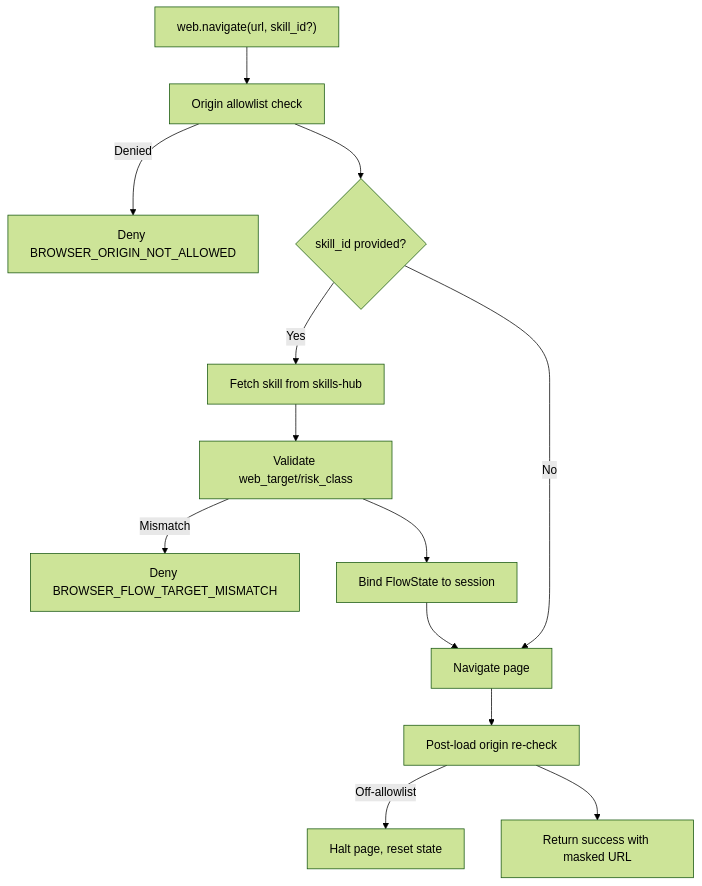
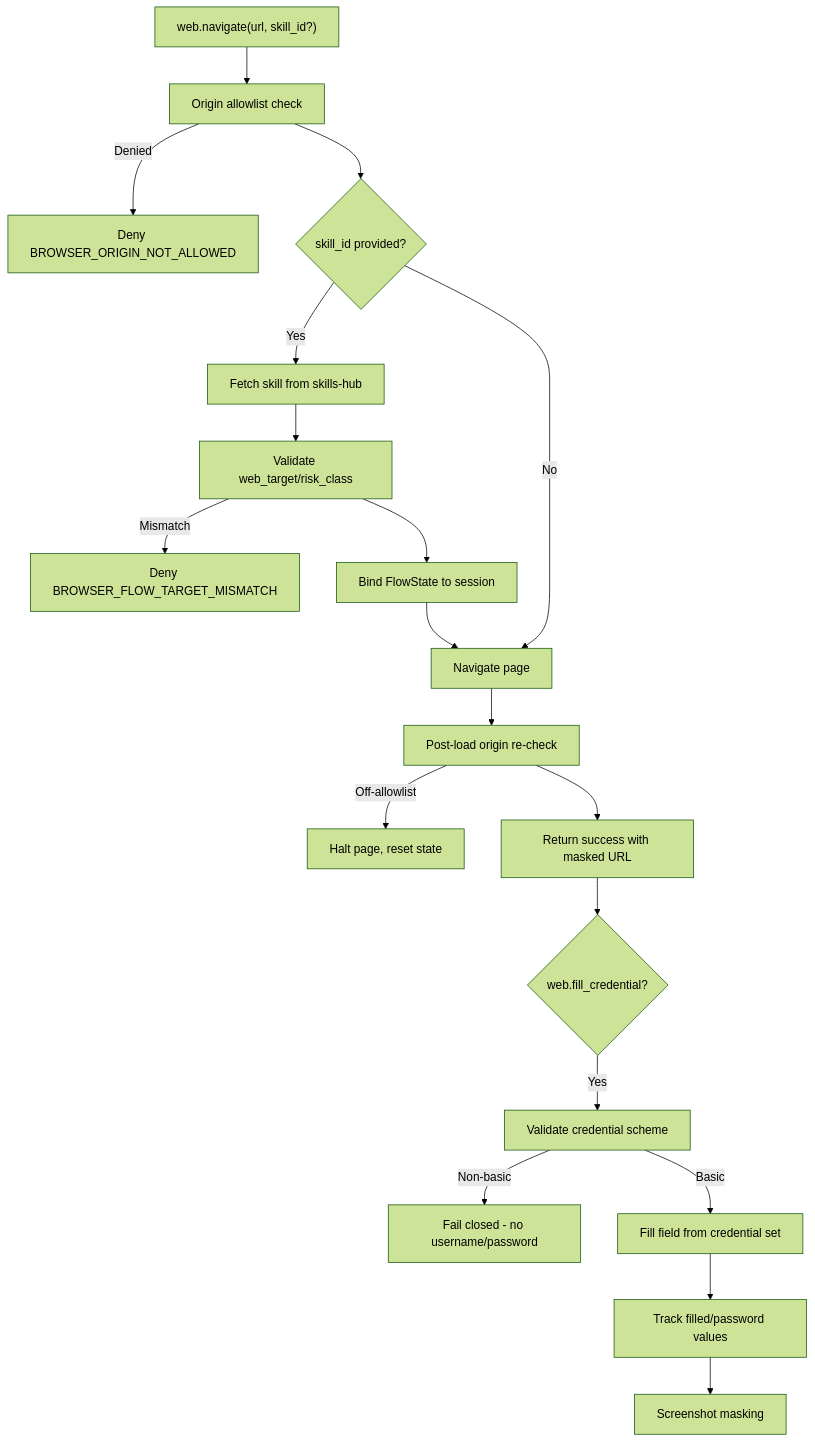
The fourth of 7 diagrams in .qoder/repowiki/en/content/Core Services/Tool Gateway/Built-in Tool Connectors/Browser Connector.md (alainlei/luban-aiops), drawn with Mermaid (forest theme) before and after one commit. The commit also changed other lines of this file and 93 other files, not shown here.

````diff
--- a/.qoder/repowiki/en/content/Core Services/Tool Gateway/Built-in Tool Connectors/Browser Connector.md
+++ b/.qoder/repowiki/en/content/Core Services/Tool Gateway/Built-in Tool Connectors/Browser Connector.md
@@ -184,15 +212,21 @@
 ```mermaid
 flowchart TD
 Nav["web.navigate(url, skill_id?)"] --> Allow["Origin allowlist check"]
 Allow --> |Denied| DenyNav["Deny BROWSER_ORIGIN_NOT_ALLOWED"]
 Allow --> Bind{"skill_id provided?"}
 Bind --> |Yes| Fetch["Fetch skill from skills-hub"]
 Fetch --> Validate["Validate web_target/risk_class"]
 Validate --> |Mismatch| DenyBind["Deny BROWSER_FLOW_TARGET_MISMATCH"]
 Validate --> BindOK["Bind FlowState to session"]
 Bind --> |No| Go["Navigate page"]
 BindOK --> Go
 Go --> PostCheck["Post-load origin re-check"]
 PostCheck --> |Off-allowlist| Halt["Halt page, reset state"]
 PostCheck --> Success["Return success with masked URL"]
+Success --> CredCheck{"web.fill_credential?"}
+CredCheck --> |Yes| SchemeCheck["Validate credential scheme"]
+SchemeCheck --> |Non-basic| FailClosed["Fail closed - no username/password"]
+SchemeCheck --> |Basic| FillField["Fill field from credential set"]
+FillField --> MaskValues["Track filled/password values"]
+MaskValues --> Capture["Screenshot masking"]
 ```
````
